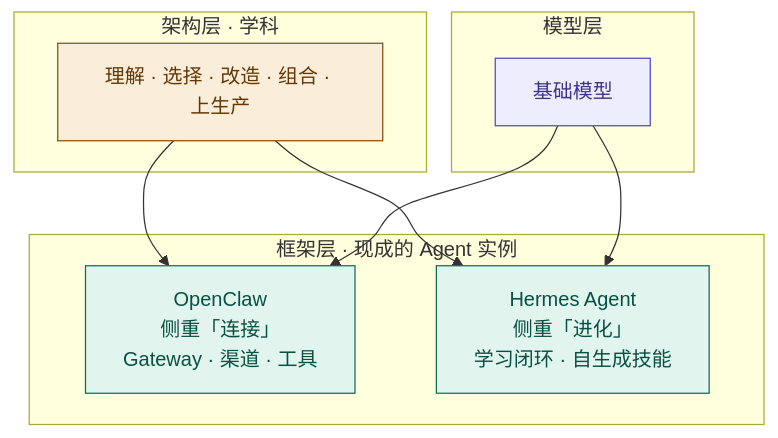
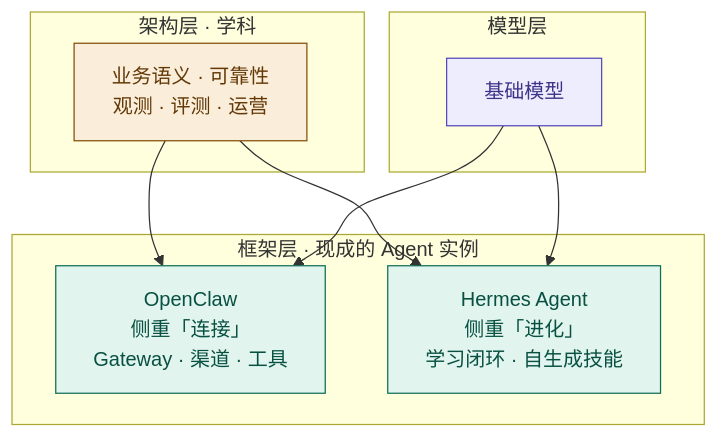
One commit to neobinary997/neobinary997.github.io changed the diagram in docs/posts/openclaw-hermes-why-agent-architecture.md. Above: the diagram before and after it, drawn with Mermaid. The commit also changed 1 other file, not shown here.

Commit message:
fix: render mermaid zoom diagrams correctly

````diff
--- a/docs/posts/openclaw-hermes-why-agent-architecture.md
+++ b/docs/posts/openclaw-hermes-why-agent-architecture.md
@@ -39,20 +39,20 @@
 ```mermaid
 flowchart TB
   subgraph 模型层
     M[基础模型]:::purple
   end
   subgraph 框架层["框架层 · 现成的 Agent 实例"]
     O[OpenClaw<br/>侧重「连接」<br/>Gateway · 渠道 · 工具]:::teal
     H[Hermes Agent<br/>侧重「进化」<br/>学习闭环 · 自生成技能]:::teal
   end
   subgraph 架构层["架构层 · 学科"]
-    A[理解 · 选择 · 改造 · 组合 · 上生产]:::amber
+    A[业务语义 · 可靠性<br/>观测 · 评测 · 运营]:::amber
   end
   A --> O
   A --> H
   M --> O
   M --> H
   classDef purple fill:#EEEDFE,stroke:#534AB7,color:#3C3489
   classDef teal fill:#E1F5EE,stroke:#0F6E56,color:#085041
   classDef amber fill:#FAEEDA,stroke:#854F0B,color:#633806
 ```
````
